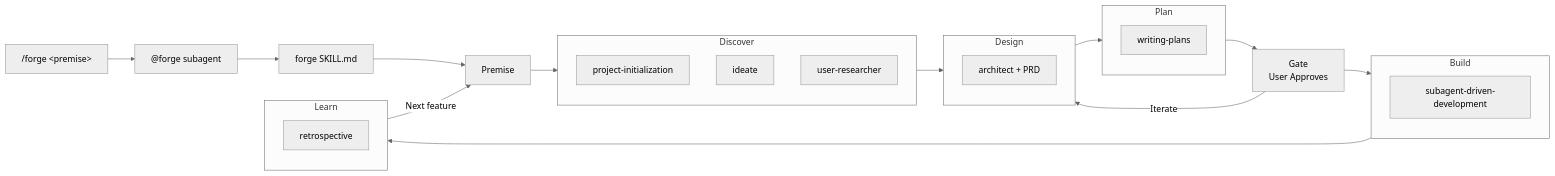
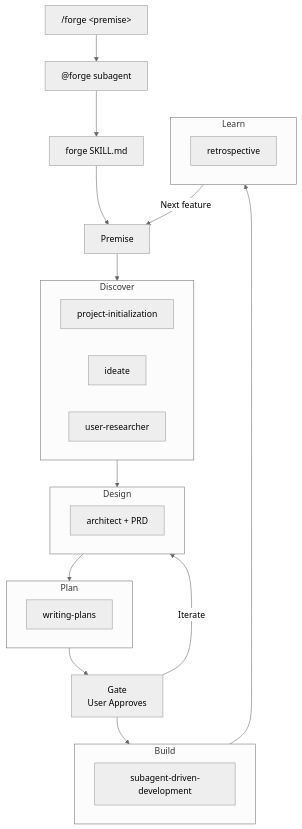
The diagram in README.md (neoaisac/opencode-productforge), drawn with Mermaid (neutral theme) before and after one commit.

Commit message:
fix: change mermaid workflow diagram from LR to TB layout

````diff
--- a/README.md
+++ b/README.md
@@ -20,37 +20,37 @@
 ```mermaid
-flowchart LR
+flowchart TB
     CMD["/forge &lt;premise&gt;"] --> AGT["@forge subagent"]
     AGT --> SKL["forge SKILL.md"]
 
     SKL --> P[Premise]
     P --> D[Discover]
     D --> D2[Design]
     D2 --> P2[Plan]
     P2 --> G[Gate<br>User Approves]
     G --> B[Build]
     G -->|Iterate| D2
     B --> L[Learn]
     L -->|Next feature| P
 
     subgraph D[Discover]
         Init["project-initialization"]
         ID["ideate"]
         UR["user-researcher"]
     end
 
     subgraph D2[Design]
         Arch["architect + PRD"]
     end
 
     subgraph P2[Plan]
         WP["writing-plans"]
     end
 
     subgraph B[Build]
         Exec["subagent-driven-development"]
     end
 
     subgraph L[Learn]
         Retro["retrospective"]
     end
 ```
````
